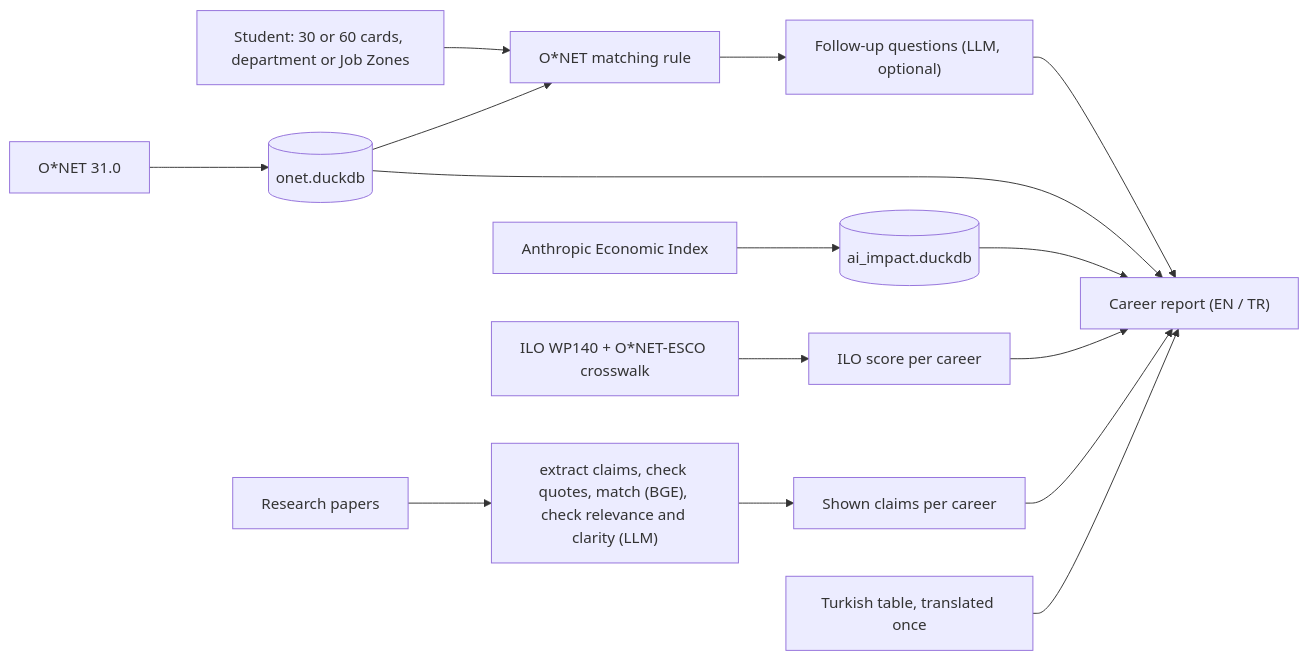
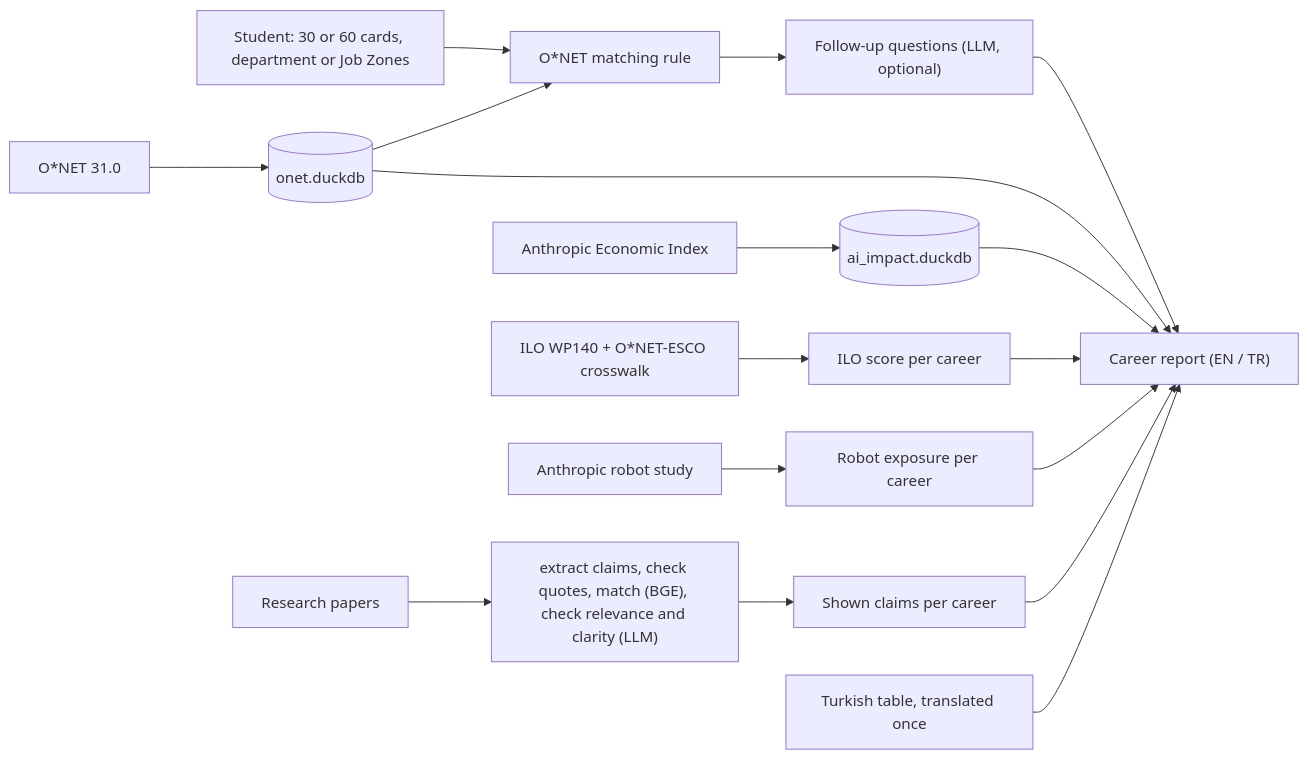
The diagram in README.md (b454k/ai-aware-career-guide), drawn with Mermaid before and after one commit. The commit also changed other lines of this file and 18 other files, not shown here.

Commit message:
10.14: Anthropic's robot study as its own section of the AI evidence (share of working time robots have been shown doing, by setting; the index; the most exposed tasks, each with a cited robot)

````diff
--- a/README.md
+++ b/README.md
@@ -42,17 +43,19 @@
 ```mermaid
 flowchart LR
     student["Student: 30 or 60 cards, department or Job Zones"] --> match["O*NET matching rule"]
     match --> follow["Follow-up questions (LLM, optional)"]
     follow --> report["Career report (EN / TR)"]
     onet["O*NET 31.0"] --> onetdb[("onet.duckdb")]
     aei["Anthropic Economic Index"] --> aidb[("ai_impact.duckdb")]
     ilo["ILO WP140 + O*NET-ESCO crosswalk"] --> ilocsv["ILO score per career"]
+    robots["Anthropic robot study"] --> robotcsv["Robot exposure per career"]
     papers["Research papers"] --> pipe["extract claims, check quotes, match (BGE), check relevance and clarity (LLM)"]
     pipe --> claims["Shown claims per career"]
     onetdb --> match
     onetdb --> report
     aidb --> report
     ilocsv --> report
+    robotcsv --> report
     claims --> report
     tr["Turkish table, translated once"] --> report
 ```
````
